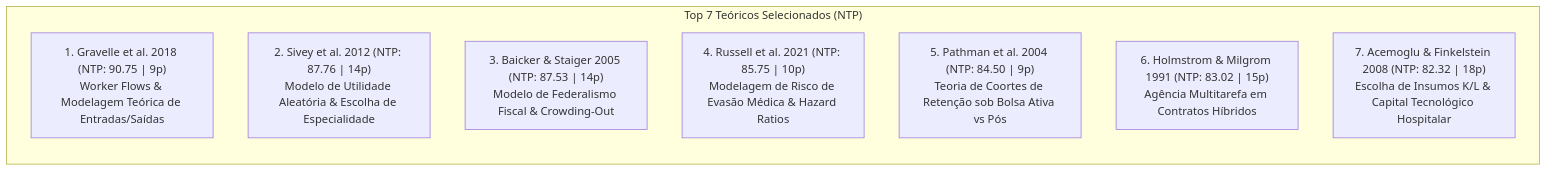
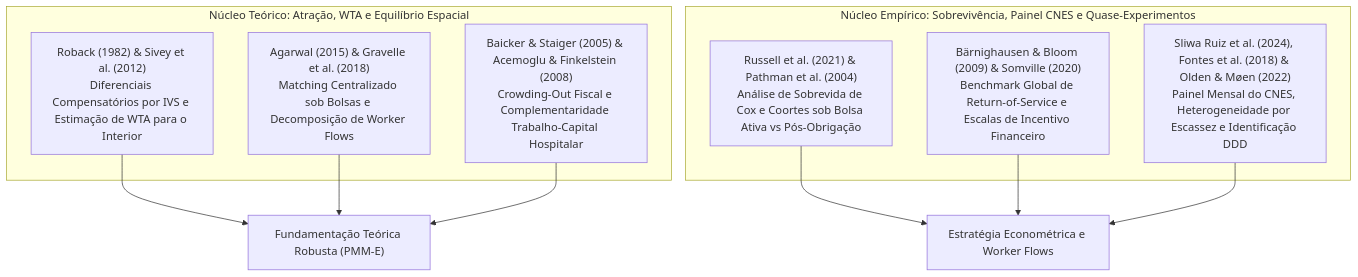
One commit to ka1victor/impact-eval-health-econ-pmme changed the second of 2 diagrams in output/revisao_literatura/matriz_rubrica_detalhada.md. Above: the diagram before and after it, drawn with Mermaid. The commit also changed other lines of this file and 76 other files, not shown here.

First line of the commit message:
feat(tema): auditar atracao e provimento no interior, modelagem micro e filas A1-A6 e R1-R5

````diff
--- a/output/revisao_literatura/matriz_rubrica_detalhada.md
+++ b/output/revisao_literatura/matriz_rubrica_detalhada.md
@@ -319,12 +313,17 @@
 ```mermaid
-graph LR
-    subgraph "Top 7 Teóricos Selecionados (NTP)"
-        T1["1. Gravelle et al. 2018 (NTP: 90.75 | 9p)<br/>Worker Flows & Modelagem Teórica de Entradas/Saídas"]
-        T2["2. Sivey et al. 2012 (NTP: 87.76 | 14p)<br/>Modelo de Utilidade Aleatória & Escolha de Especialidade"]
-        T3["3. Baicker & Staiger 2005 (NTP: 87.53 | 14p)<br/>Modelo de Federalismo Fiscal & Crowding-Out"]
-        T4["4. Russell et al. 2021 (NTP: 85.75 | 10p)<br/>Modelagem de Risco de Evasão Médica & Hazard Ratios"]
-        T5["5. Pathman et al. 2004 (NTP: 84.50 | 9p)<br/>Teoria de Coortes de Retenção sob Bolsa Ativa vs Pós"]
-        T6["6. Holmstrom & Milgrom 1991 (NTP: 83.02 | 15p)<br/>Agência Multitarefa em Contratos Híbridos"]
-        T7["7. Acemoglu & Finkelstein 2008 (NTP: 82.32 | 18p)<br/>Escolha de Insumos K/L & Capital Tecnológico Hospitalar"]
+graph TD
+    subgraph "Núcleo Teórico: Atração, WTA e Equilíbrio Espacial"
+        T1["Roback (1982) & Sivey et al. (2012)<br/>Diferenciais Compensatórios por IVS e Estimação de WTA para o Interior"]
+        T2["Agarwal (2015) & Gravelle et al. (2018)<br/>Matching Centralizado sob Bolsas e Decomposição de Worker Flows"]
+        T3["Baicker & Staiger (2005) & Acemoglu & Finkelstein (2008)<br/>Crowding-Out Fiscal e Complementaridade Trabalho-Capital Hospitalar"]
     end
+    
+    subgraph "Núcleo Empírico: Sobrevivência, Painel CNES e Quase-Experimentos"
+        E1["Russell et al. (2021) & Pathman et al. (2004)<br/>Análise de Sobrevida de Cox e Coortes sob Bolsa Ativa vs Pós-Obrigação"]
+        E2["Bärnighausen & Bloom (2009) & Somville (2020)<br/>Benchmark Global de Return-of-Service e Escalas de Incentivo Financeiro"]
+        E3["Sliwa Ruiz et al. (2024), Fontes et al. (2018) & Olden & Møen (2022)<br/>Painel Mensal do CNES, Heterogeneidade por Escassez e Identificação DDD"]
+    end
+    
+    T1 & T2 & T3 --> FUND["Fundamentação Teórica Robusta (PMM-E)"]
+    E1 & E2 & E3 --> METOD["Estratégia Econométrica e Worker Flows"]
 ```
````
